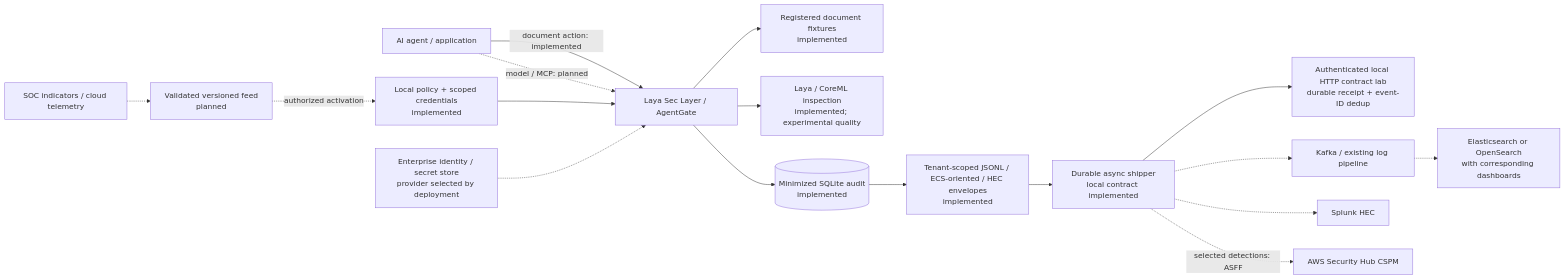
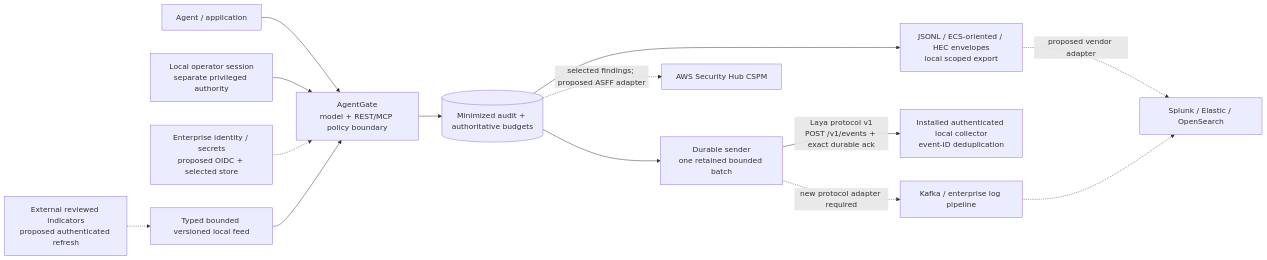
Before and after one commit to bsisduck/laya-layer: the diagram in docs/enterprise-integrations.md, drawn with Mermaid. The commit also changed other lines of this file and 3 other files, not shown here.

Commit message:
Explain installed delivery and bank adapter acceptance limits

````diff
--- a/docs/enterprise-integrations.md
+++ b/docs/enterprise-integrations.md
@@ -17,19 +11,24 @@
 ```mermaid
 flowchart LR
-    Client["AI agent / application"] -->|"document action: implemented"| Gate["Laya Sec Layer / AgentGate"]
-    Client -. "model / MCP: planned" .-> Gate
-    Policy["Local policy + scoped credentials<br/>implemented"] --> Gate
-    Gate --> Docs["Registered document fixtures<br/>implemented"]
-    Gate --> Sem["Laya / CoreML inspection<br/>implemented; experimental quality"]
-    Gate --> Audit[("Minimized SQLite audit<br/>implemented")]
-    Audit --> Export["Tenant-scoped JSONL / ECS-oriented / HEC envelopes<br/>implemented"]
-    Export --> Shipper["Durable async shipper<br/>local contract implemented"]
-    Shipper --> Lab["Authenticated local HTTP contract lab<br/>durable receipt + event-ID dedup"]
-    Shipper -.-> Kafka["Kafka / existing log pipeline"]
-    Kafka -.-> Search["Elasticsearch or OpenSearch<br/>with corresponding dashboards"]
-    Shipper -.-> Splunk["Splunk HEC"]
-    Shipper -. "selected detections: ASFF" .-> Hub["AWS Security Hub CSPM"]
-    Signals["SOC indicators / cloud telemetry"] -.-> Feed["Validated versioned feed<br/>planned"]
-    Feed -. "authorized activation" .-> Policy
-    IAM["Enterprise identity / secret store<br/>provider selected by deployment"] -.-> Gate
+    Client["Agent / application"] --> Gate["AgentGate
+model + REST/MCP policy boundary"]
+    Operator["Local operator session
+separate privileged authority"] --> Gate
+    Gate --> DB[("Minimized audit + authoritative budgets")]
+    DB --> Download["JSONL / ECS-oriented / HEC envelopes
+local scoped export"]
+    DB --> Sender["Durable sender
+one retained bounded batch"]
+    Sender -->|"Laya protocol v1
+POST /v1/events + exact durable ack"| Lab["Installed authenticated local collector
+event-ID deduplication"]
+    Download -. "proposed vendor adapter" .-> SIEM["Splunk / Elastic / OpenSearch"]
+    Sender -. "new protocol adapter required" .-> Pipeline["Kafka / enterprise log pipeline"]
+    Pipeline -.-> SIEM
+    DB -. "selected findings; proposed ASFF adapter" .-> AWS["AWS Security Hub CSPM"]
+    Enterprise["Enterprise identity / secrets
+proposed OIDC + selected store"] -.-> Gate
+    SOC["External reviewed indicators
+proposed authenticated refresh"] -.-> Feed["Typed bounded versioned local feed"]
+    Feed --> Gate
 ```
````
